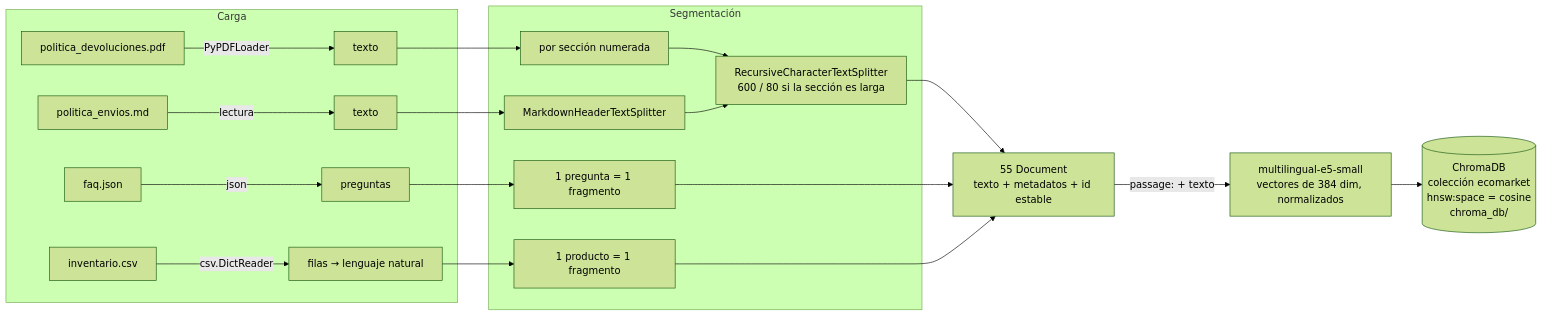
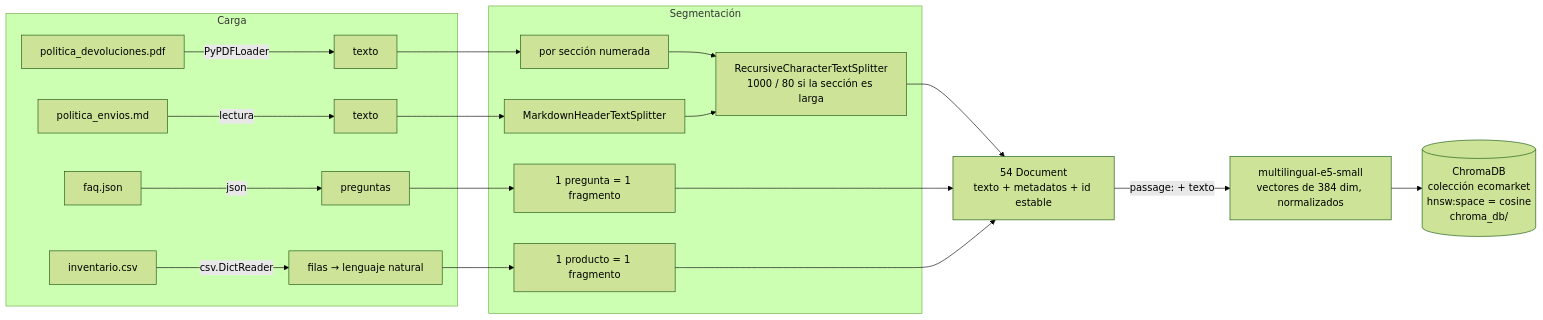
One commit to peteralbeiro09-hub/Taller-practico-2 changed the diagram in docs/fase2_base_conocimiento.md. Above: the diagram before and after it, drawn with Mermaid (forest theme). The commit also changed other lines of this file and 14 other files, not shown here.

````diff
--- a/docs/fase2_base_conocimiento.md
+++ b/docs/fase2_base_conocimiento.md
@@ -100,21 +99,21 @@
 ```mermaid
 flowchart LR
     subgraph Carga
         A1[politica_devoluciones.pdf] -->|PyPDFLoader| T1[texto]
         A2[politica_envios.md] -->|lectura| T2[texto]
         A3[faq.json] -->|json| T3[preguntas]
         A4[inventario.csv] -->|csv.DictReader| T4[filas → lenguaje natural]
     end
     subgraph Segmentación
         T1 --> S1[por sección numerada]
         T2 --> S2[MarkdownHeaderTextSplitter]
         T3 --> S3[1 pregunta = 1 fragmento]
         T4 --> S4[1 producto = 1 fragmento]
-        S1 & S2 --> R[RecursiveCharacterTextSplitter<br/>600 / 80 si la sección es larga]
+        S1 & S2 --> R[RecursiveCharacterTextSplitter<br/>1000 / 80 si la sección es larga]
     end
-    R --> D[55 Document<br/>texto + metadatos + id estable]
+    R --> D[54 Document<br/>texto + metadatos + id estable]
     S3 --> D
     S4 --> D
     D -->|"passage: " + texto| E[multilingual-e5-small<br/>vectores de 384 dim, normalizados]
     E --> C[(ChromaDB<br/>colección ecomarket<br/>hnsw:space = cosine<br/>chroma_db/)]
 ```
````
